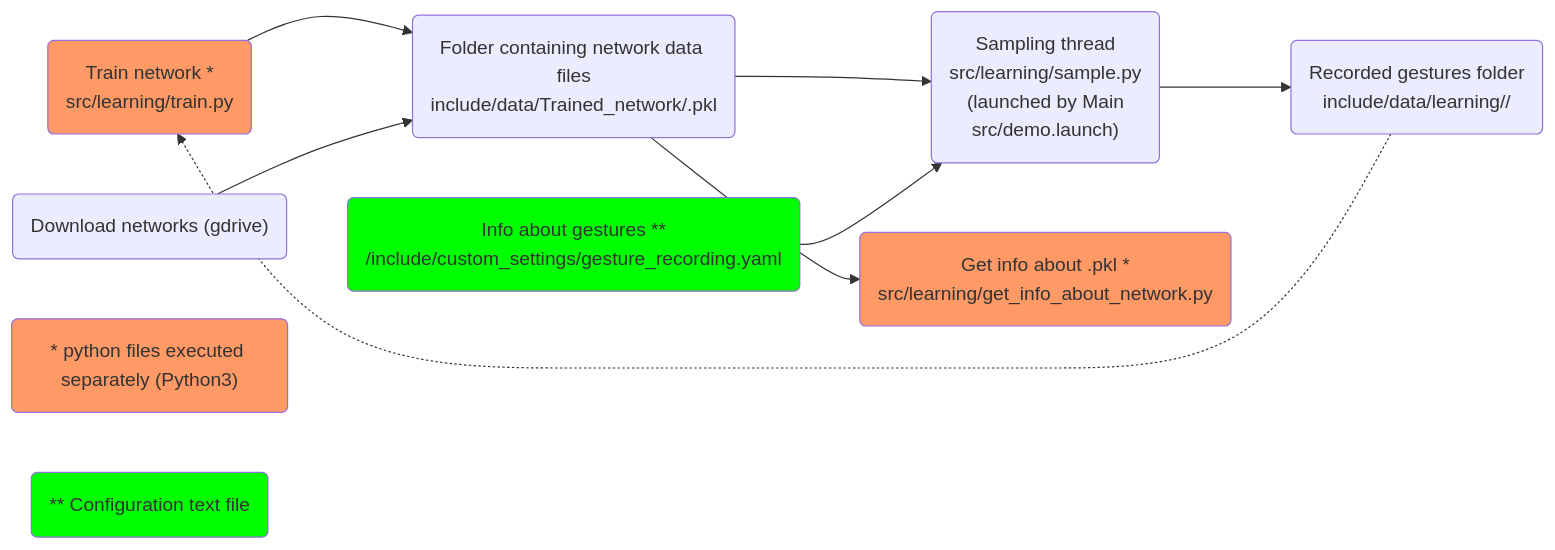
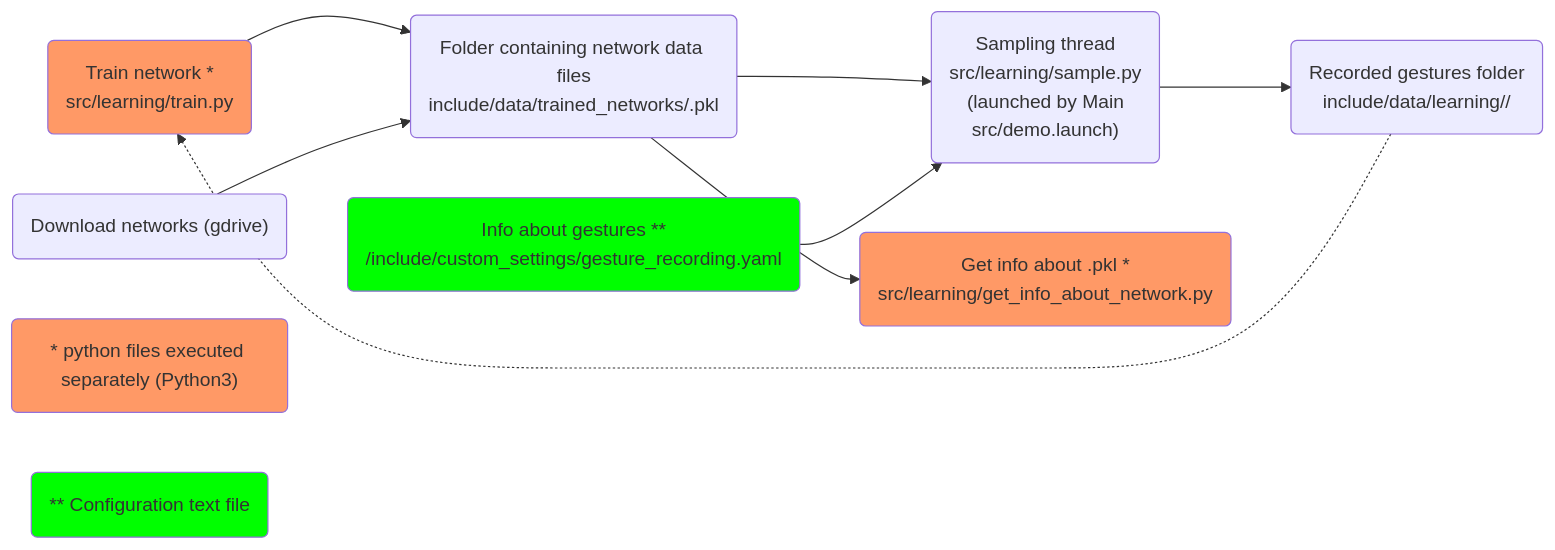
Before and after one commit to imitrob/teleop_gesture_toolbox: the diagram in README.md, drawn with Mermaid. The commit also changed other lines of this file and 11 other files, not shown here.

````diff
--- a/README.md
+++ b/README.md
@@ -114,17 +127,17 @@
 ```mermaid
 graph LR;
 classDef someclass fill:#f96;
 classDef someclass2 fill:#00FF00;
 
-A("Train network *<br>src/learning/train.py<br>"):::someclass --> B("Folder containing network data files<br>include/data/Trained_network/<network x>.pkl")
+A("Train network *<br>src/learning/train.py<br>"):::someclass --> B("Folder containing network data files<br>include/data/trained_networks/<network x>.pkl")
 C("Download networks (gdrive)<br><inside user interface>") --> B
 B --> D("Sampling thread<br>src/learning/sample.py<br>(launched by Main<br>src/demo.launch)")
 E("Info about gestures **<br>/include/custom_settings/gesture_recording.yaml"):::someclass2 --> D
 B --> F("Get info about <network x>.pkl *<br>src/learning/get_info_about_network.py"):::someclass
 
 G("* python files executed separately (Python3)"):::someclass
 H("** Configuration text file"):::someclass2
 
 I("Recorded gestures folder<br>include/data/learning/<gesture n>/<recording m>") -.-> A
 D --> I
 ```
````
